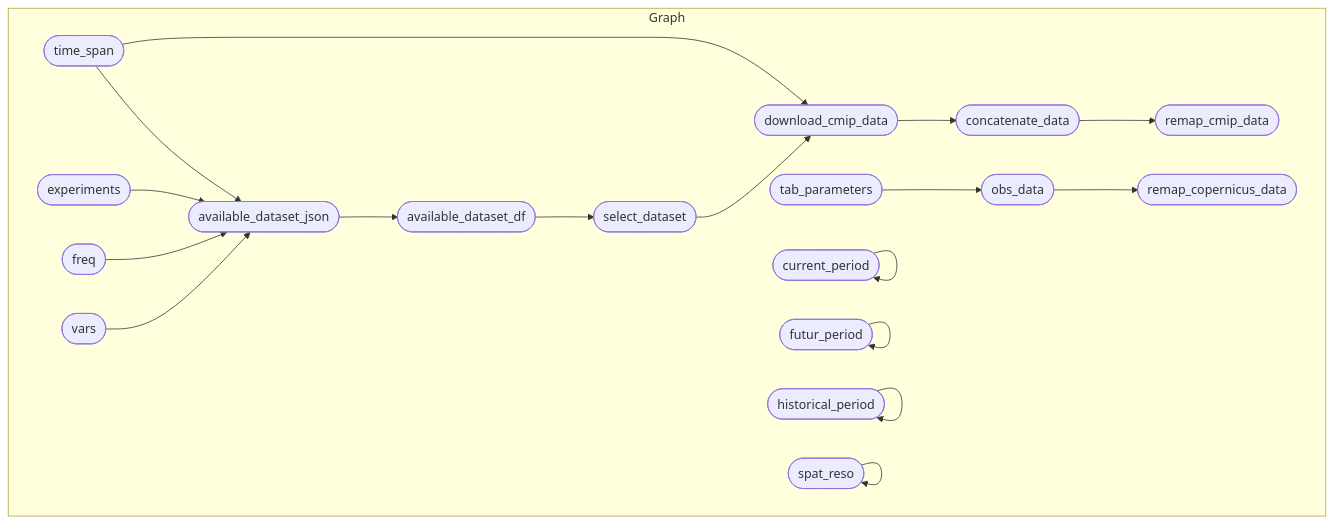
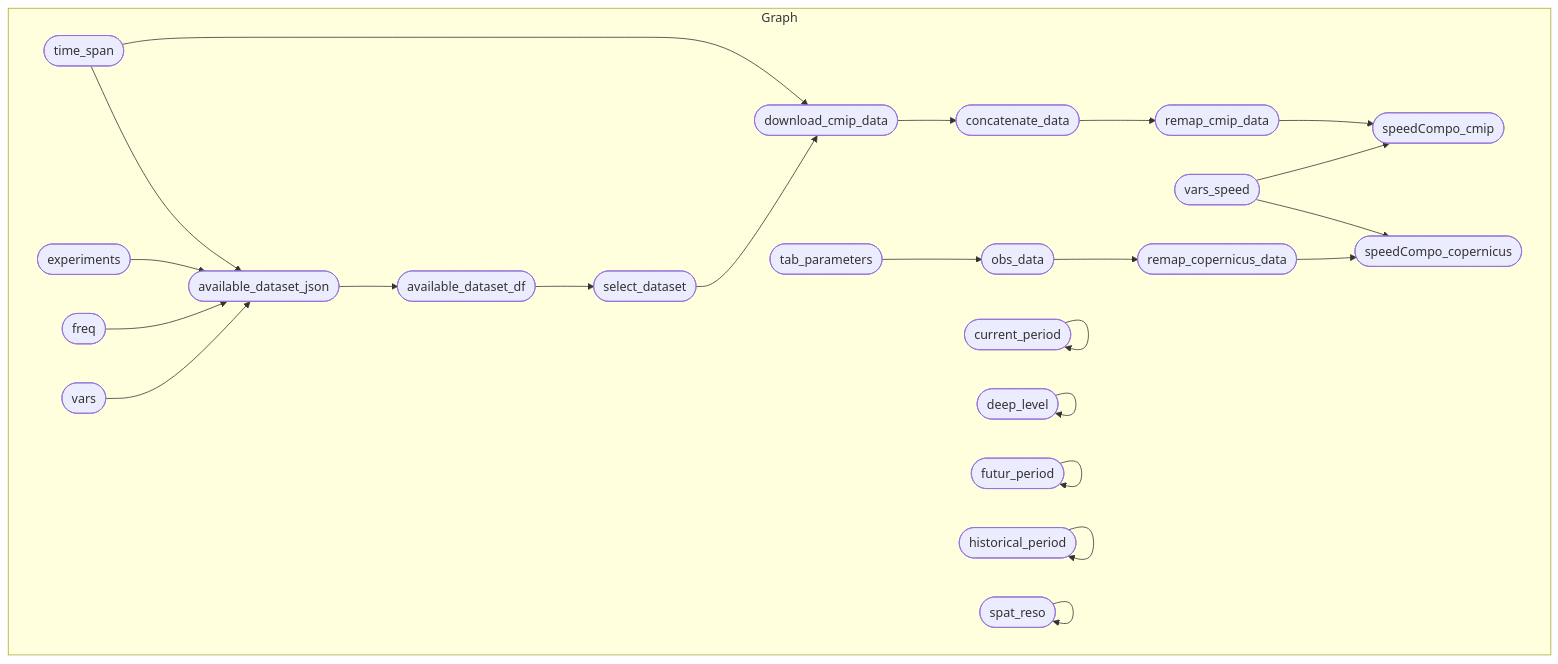
One commit to r-fernandezz/downshape changed the diagram in README.md. Above: the diagram before and after it, drawn with Mermaid. The commit also changed other lines of this file and 3 other files, not shown here.

````diff
--- a/README.md
+++ b/README.md
@@ -22,22 +22,27 @@
 ``` mermaid
 graph LR
   subgraph Graph
     direction LR
-    x3f5ab24ee8d242b4(["select_dataset"]):::outdated --> xba5d8678b6176d68(["download_cmip_data"]):::outdated
-    x2c0118dd07b06ac8(["time_span"]):::uptodate --> xba5d8678b6176d68(["download_cmip_data"]):::outdated
+    x3f5ab24ee8d242b4(["select_dataset"]):::uptodate --> xba5d8678b6176d68(["download_cmip_data"]):::started
+    x2c0118dd07b06ac8(["time_span"]):::uptodate --> xba5d8678b6176d68(["download_cmip_data"]):::started
     x6fcf9b0e7fc429ff(["available_dataset_json"]):::uptodate --> xe895740a9b7896f7(["available_dataset_df"]):::uptodate
     x96804873c73726bd(["concatenate_data"]):::outdated --> x160e3ae24bfccc51(["remap_cmip_data"]):::outdated
     xac02e5e58926353b(["experiments"]):::uptodate --> x6fcf9b0e7fc429ff(["available_dataset_json"]):::uptodate
     x906e78a8df9f52cb(["freq"]):::uptodate --> x6fcf9b0e7fc429ff(["available_dataset_json"]):::uptodate
     x2c0118dd07b06ac8(["time_span"]):::uptodate --> x6fcf9b0e7fc429ff(["available_dataset_json"]):::uptodate
     x8f15ec77b8dbd81a(["vars"]):::uptodate --> x6fcf9b0e7fc429ff(["available_dataset_json"]):::uptodate
-    xe895740a9b7896f7(["available_dataset_df"]):::uptodate --> x3f5ab24ee8d242b4(["select_dataset"]):::outdated
-    xd7bca5ba4e5f539d(["obs_data"]):::uptodate --> x8bfa010e2da6177f(["remap_copernicus_data"]):::errored
-    xba5d8678b6176d68(["download_cmip_data"]):::outdated --> x96804873c73726bd(["concatenate_data"]):::outdated
+    x160e3ae24bfccc51(["remap_cmip_data"]):::outdated --> xe5de19f3be59da20(["speedCompo_cmip"]):::outdated
+    xca459201a27e8460(["vars_speed"]):::uptodate --> xe5de19f3be59da20(["speedCompo_cmip"]):::outdated
+    xe895740a9b7896f7(["available_dataset_df"]):::uptodate --> x3f5ab24ee8d242b4(["select_dataset"]):::uptodate
+    xd7bca5ba4e5f539d(["obs_data"]):::uptodate --> x8bfa010e2da6177f(["remap_copernicus_data"]):::uptodate
+    x8bfa010e2da6177f(["remap_copernicus_data"]):::uptodate --> xfc6ed28680e5db72(["speedCompo_copernicus"]):::uptodate
+    xca459201a27e8460(["vars_speed"]):::uptodate --> xfc6ed28680e5db72(["speedCompo_copernicus"]):::uptodate
+    xba5d8678b6176d68(["download_cmip_data"]):::started --> x96804873c73726bd(["concatenate_data"]):::outdated
     x4301c707c2ab0cdc(["tab_parameters"]):::uptodate --> xd7bca5ba4e5f539d(["obs_data"]):::uptodate
     x084994fb0e480676(["current_period"]):::uptodate --> x084994fb0e480676(["current_period"]):::uptodate
+    x625f066a5f205ec8(["deep_level"]):::uptodate --> x625f066a5f205ec8(["deep_level"]):::uptodate
     xbce5cad1cf7e7103(["futur_period"]):::uptodate --> xbce5cad1cf7e7103(["futur_period"]):::uptodate
     x57dd1d5e854c11b6(["historical_period"]):::uptodate --> x57dd1d5e854c11b6(["historical_period"]):::uptodate
     xe73cbbcc20086ecd(["spat_reso"]):::uptodate --> xe73cbbcc20086ecd(["spat_reso"]):::uptodate
   end
 ```
````
